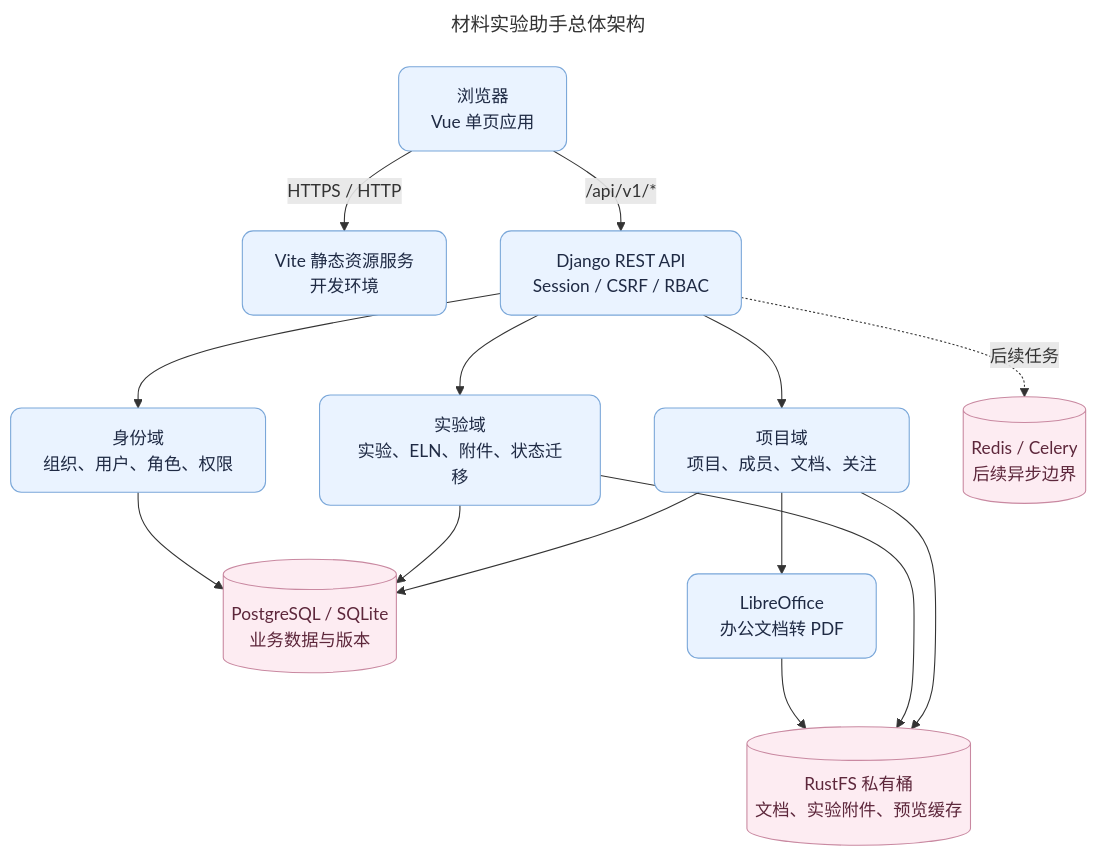
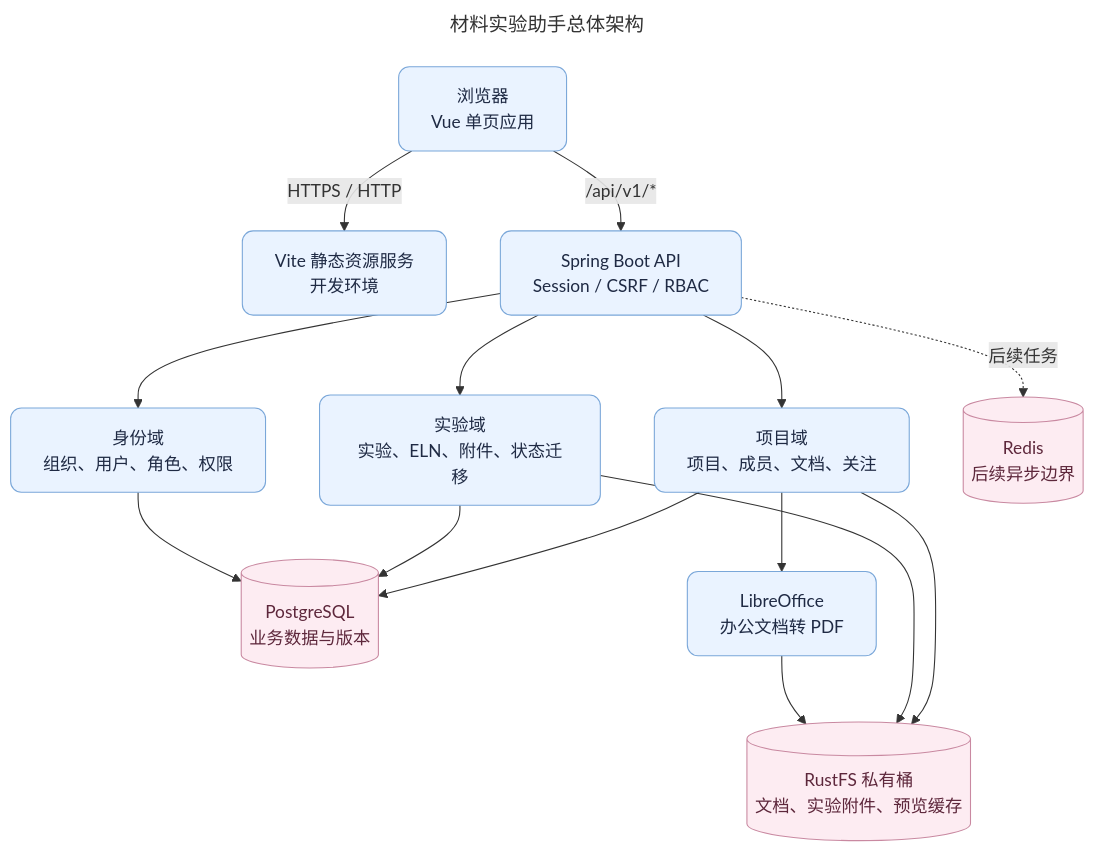
Before and after one commit to bujiuzhi/labAssistant: the first of 4 diagrams in docs/overview-design.md, drawn with Mermaid. The commit also changed other lines of this file and 133 other files, not shown here.

````diff
--- a/docs/overview-design.md
+++ b/docs/overview-design.md
@@ -61,33 +61,33 @@
 ```mermaid
 ---
 title: 材料实验助手总体架构
 ---
 flowchart TB
     Browser["浏览器<br/>Vue 单页应用"]:::process
     Web["Vite 静态资源服务<br/>开发环境"]:::process
-    Api["Django REST API<br/>Session / CSRF / RBAC"]:::process
+    Api["Spring Boot API<br/>Session / CSRF / RBAC"]:::process
     Project["项目域<br/>项目、成员、文档、关注"]:::process
     Experiment["实验域<br/>实验、ELN、附件、状态迁移"]:::process
     Identity["身份域<br/>组织、用户、角色、权限"]:::process
-    Db[("PostgreSQL / SQLite<br/>业务数据与版本")]:::storage
+    Db[("PostgreSQL<br/>业务数据与版本")]:::storage
     Media[("RustFS 私有桶<br/>文档、实验附件、预览缓存")]:::storage
     Preview["LibreOffice<br/>办公文档转 PDF"]:::process
-    Redis[("Redis / Celery<br/>后续异步边界")]:::storage
+    Redis[("Redis<br/>后续异步边界")]:::storage
 
     Browser -->|"HTTPS / HTTP"| Web
     Browser -->|"/api/v1/*"| Api
     Api --> Project
     Api --> Experiment
     Api --> Identity
     Project --> Db
     Experiment --> Db
     Identity --> Db
     Project --> Media
     Experiment --> Media
     Project --> Preview
     Preview --> Media
     Api -. "后续任务" .-> Redis
 
     classDef process fill:#EAF3FF,stroke:#7AA7D9,stroke-width:1px,color:#1F2A44,rx:10,ry:10;
     classDef storage fill:#FDECF2,stroke:#C989A1,stroke-width:1px,color:#5D273B,rx:10,ry:10;
 ```
````
